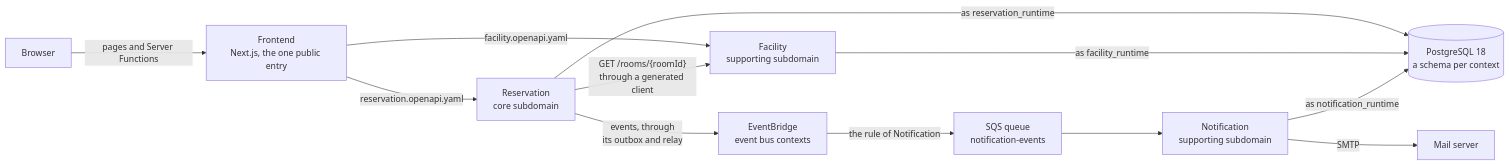
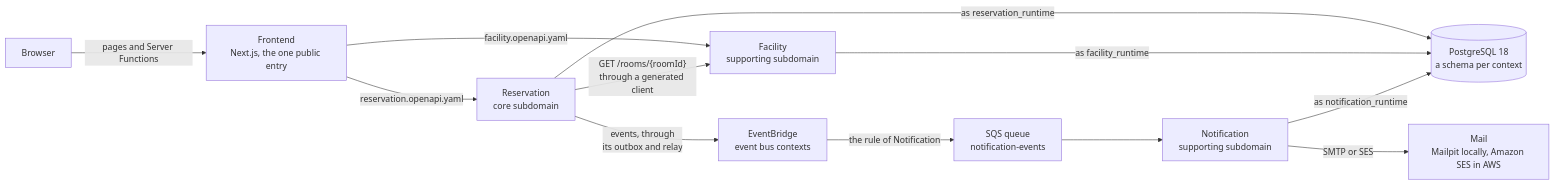
Before and after one commit to ma-chisuke/go-nextjs-ddd-monorepo: the first of 5 diagrams in ARCHITECTURE.md, drawn with Mermaid. The commit also changed other lines of this file and 52 other files, not shown here.

````diff
--- a/ARCHITECTURE.md
+++ b/ARCHITECTURE.md
@@ -8,23 +8,23 @@
 ```mermaid
 flowchart LR
     browser["Browser"]
     web["Frontend<br/>Next.js, the one public entry"]
     reservation["Reservation<br/>core subdomain"]
     facility["Facility<br/>supporting subdomain"]
     notification["Notification<br/>supporting subdomain"]
     bus["EventBridge<br/>event bus contexts"]
     queue["SQS queue<br/>notification-events"]
-    mail["Mail server"]
+    mail["Mail<br/>Mailpit locally, Amazon SES in AWS"]
     db[("PostgreSQL 18<br/>a schema per context")]
     browser -- "pages and Server Functions" --> web
     web -- "reservation.openapi.yaml" --> reservation
     web -- "facility.openapi.yaml" --> facility
     reservation -- "GET /rooms/{roomId}<br/>through a generated client" --> facility
     reservation -- "events, through<br/>its outbox and relay" --> bus
     bus -- "the rule of Notification" --> queue
     queue --> notification
-    notification -- "SMTP" --> mail
+    notification -- "SMTP or SES" --> mail
     reservation -- "as reservation_runtime" --> db
     facility -- "as facility_runtime" --> db
     notification -- "as notification_runtime" --> db
 ```
````
